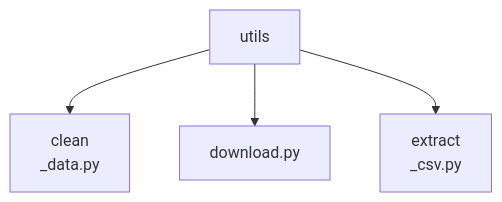
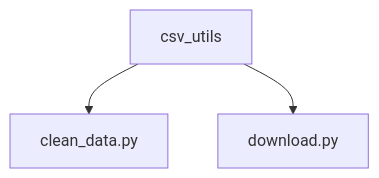
One commit to Mathatou/Data_Python changed the first of 5 diagrams in README.md. Above: the diagram before and after it, drawn with Mermaid. The commit also changed other lines of this file, not shown here.

````diff
--- a/README.md
+++ b/README.md
@@ -31,8 +80,7 @@
 ```mermaid
-%% Section 1 : utils
+%% Section 1 : csv_utils
 graph TD
-    B[utils]
-    B --> B1[clean<br>_data.py]
-    B --> B2[download.py]
-    B --> B3[extract<br>_csv.py]
+    A[csv_utils]
+    A --> A1[clean_data.py]
+    A --> A2[download.py]
 ```
````
